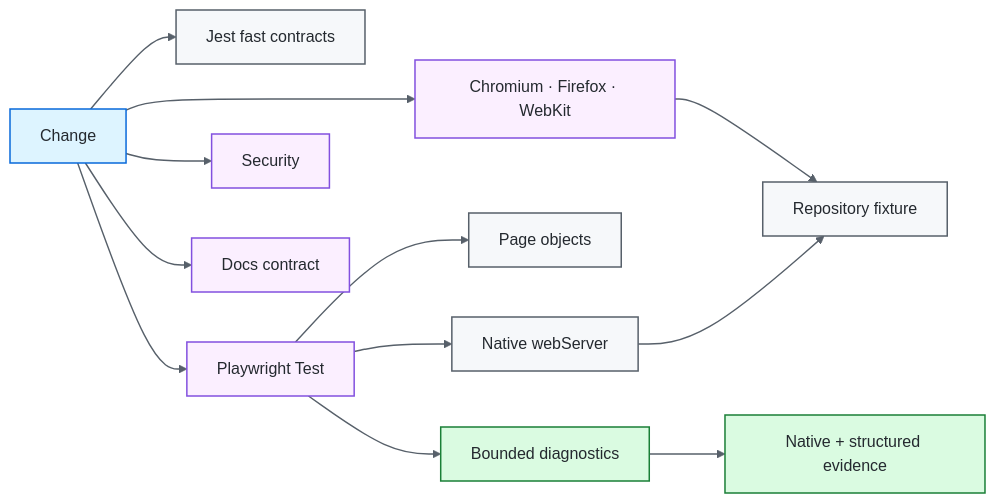
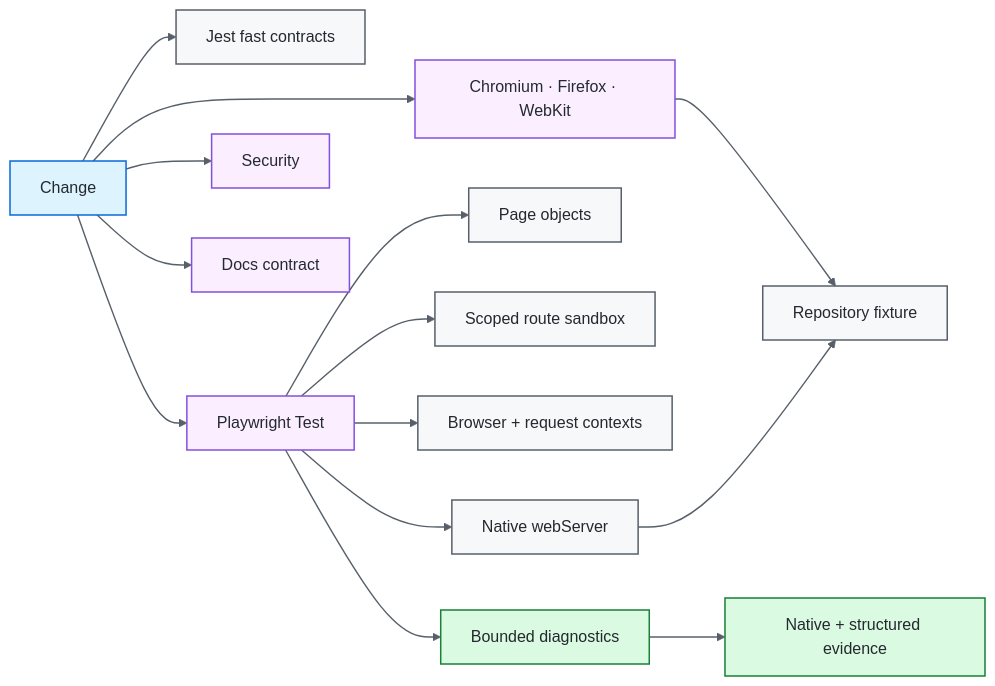
The diagram in README.md (portyu9/qa-automation-node-playwright), drawn with Mermaid before and after one commit. The commit also changed other lines of this file, not shown here.

````diff
--- a/README.md
+++ b/README.md
@@ -41,24 +42,26 @@
 ```mermaid
 flowchart LR
     CHANGE[Change] --> JEST[Jest fast contracts]
     CHANGE --> PW[Playwright Test]
     PW --> WEB[Native webServer]
     WEB --> FIX[Repository fixture]
     PW --> PAGE[Page objects]
+    PW --> ROUTE[Scoped route sandbox]
+    PW --> CTX[Browser + request contexts]
     PW --> DIAG[Bounded diagnostics]
     CHANGE --> EXT[Chromium · Firefox · WebKit]
     EXT --> FIX
     CHANGE --> SEC[Security]
     CHANGE --> DOCS[Docs contract]
     DIAG --> EV[Native + structured evidence]
 
     classDef entry fill:#ddf4ff,stroke:#0969da,color:#24292f,stroke-width:1.5px;
     classDef core fill:#f6f8fa,stroke:#57606a,color:#24292f,stroke-width:1.5px;
     classDef gate fill:#fbefff,stroke:#8250df,color:#24292f,stroke-width:1.5px;
     classDef evidence fill:#dafbe1,stroke:#1a7f37,color:#24292f,stroke-width:1.5px;
     class CHANGE entry;
-    class JEST,WEB,FIX,PAGE core;
+    class JEST,WEB,FIX,PAGE,ROUTE,CTX core;
     class PW,EXT,SEC,DOCS gate;
     class DIAG,EV evidence;
     linkStyle default stroke:#57606a,stroke-width:1.4px;
 ```
````
